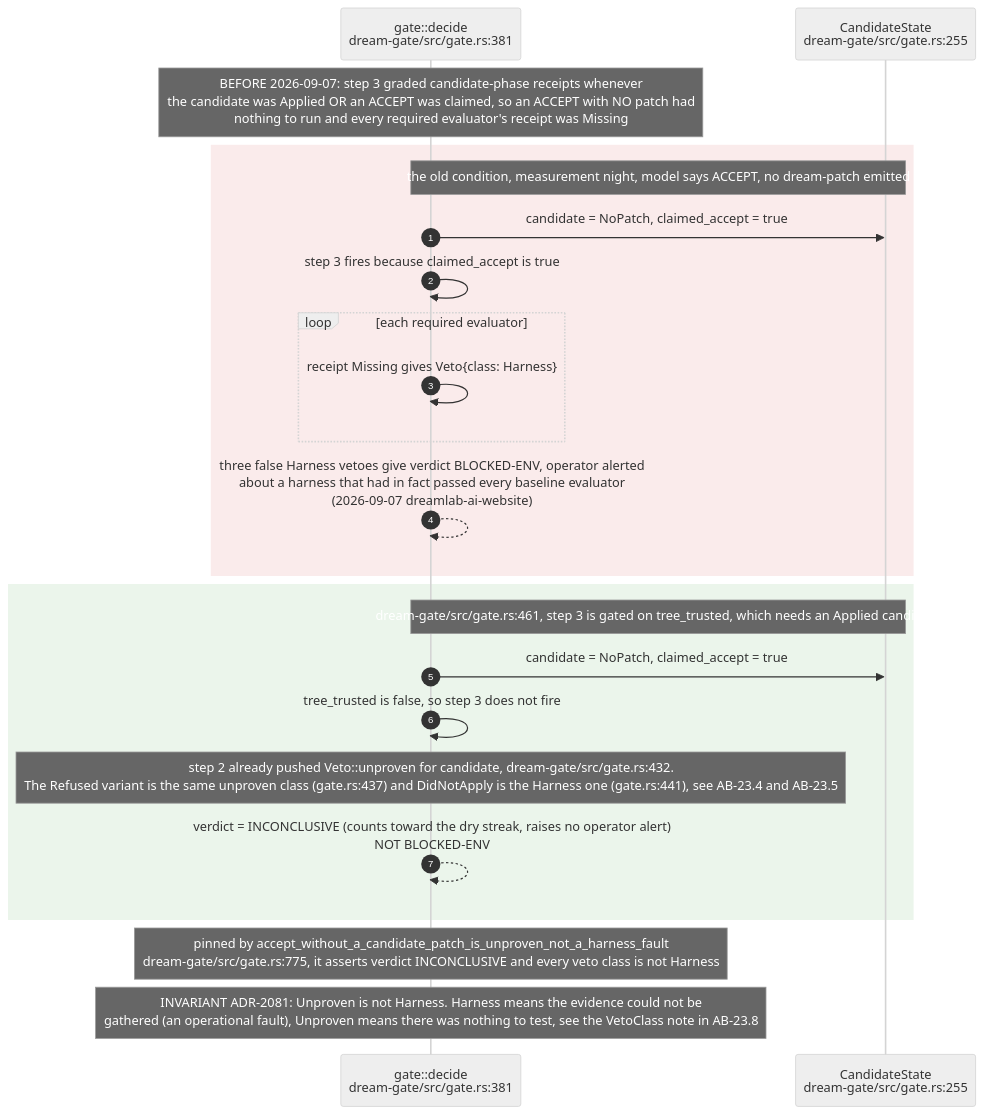
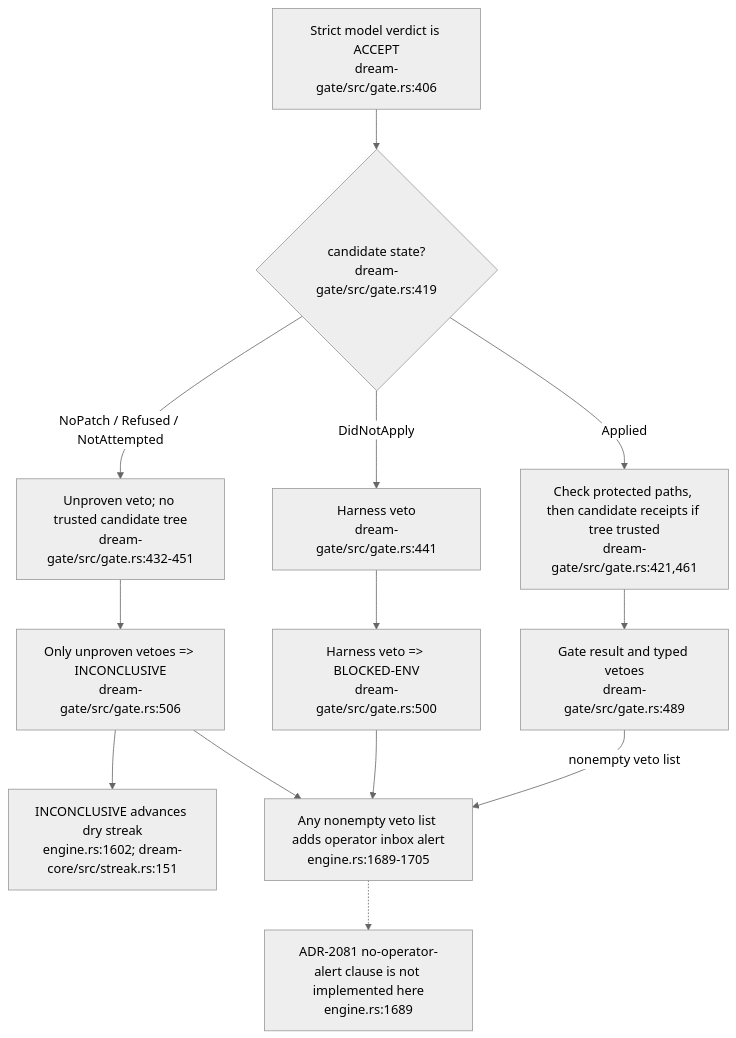
Before and after one commit to DreamLab-AI/VisionFlow: diagram 13 of 22 in docs/diagrams/agentbox/23-dream-engine.md, drawn with Mermaid (neutral theme). The commit also changed other lines of this file and 17 other files, not shown here.

Commit message:
docs: audit dream annexe identity and evaluator receipts

````diff
--- a/docs/diagrams/agentbox/23-dream-engine.md
+++ b/docs/diagrams/agentbox/23-dream-engine.md
@@ -578,26 +548,16 @@
 ```mermaid
-sequenceDiagram
-    autonumber
-    participant G as gate::decide<br/>dream-gate/src/gate.rs:381
-    participant C as CandidateState<br/>dream-gate/src/gate.rs:255
-
-    Note over G: BEFORE 2026-09-07: step 3 graded candidate-phase receipts whenever<br/>the candidate was Applied OR an ACCEPT was claimed, so an ACCEPT with NO patch had<br/>nothing to run and every required evaluator's receipt was Missing
-    rect rgb(250,235,235)
-        Note over G,C: the old condition, measurement night, model says ACCEPT, no dream-patch emitted
-        G->>C: candidate = NoPatch, claimed_accept = true
-        G->>G: step 3 fires because claimed_accept is true
-        loop each required evaluator
-            G->>G: receipt Missing gives Veto{class: Harness}
-        end
-        G-->>G: three false Harness vetoes give verdict BLOCKED-ENV, operator alerted<br/>about a harness that had in fact passed every baseline evaluator<br/>(2026-09-07 dreamlab-ai-website)
-    end
-    rect rgb(235,245,235)
-        Note over G,C: dream-gate/src/gate.rs:461, step 3 is gated on tree_trusted, which needs an Applied candidate
-        G->>C: candidate = NoPatch, claimed_accept = true
-        G->>G: tree_trusted is false, so step 3 does not fire
-        Note over G: step 2 already pushed Veto::unproven for candidate, dream-gate/src/gate.rs:432.<br/>The Refused variant is the same unproven class (gate.rs:437) and DidNotApply is the Harness one (gate.rs:441), see AB-23.4 and AB-23.5
-        G-->>G: verdict = INCONCLUSIVE (counts toward the dry streak, raises no operator alert)<br/>NOT BLOCKED-ENV
-    end
-    Note over G: pinned by accept_without_a_candidate_patch_is_unproven_not_a_harness_fault<br/>dream-gate/src/gate.rs:775, it asserts verdict INCONCLUSIVE and every veto class is not Harness
-    Note over G: INVARIANT ADR-2081: Unproven is not Harness. Harness means the evidence could not be<br/>gathered (an operational fault), Unproven means there was nothing to test, see the VetoClass note in AB-23.8
+flowchart TB
+    ACCEPT["Strict model verdict is ACCEPT<br/>dream-gate/src/gate.rs:406"]
+    ACCEPT --> STATE{"candidate state?<br/>dream-gate/src/gate.rs:419"}
+    STATE -->|NoPatch / Refused / NotAttempted| UNPROVEN["Unproven veto; no trusted candidate tree<br/>dream-gate/src/gate.rs:432-451"]
+    STATE -->|DidNotApply| HARNESS["Harness veto<br/>dream-gate/src/gate.rs:441"]
+    STATE -->|Applied| GUARD["Check protected paths, then candidate receipts if tree trusted<br/>dream-gate/src/gate.rs:421,461"]
+    UNPROVEN --> VERDICT["Only unproven vetoes => INCONCLUSIVE<br/>dream-gate/src/gate.rs:506"]
+    HARNESS --> BLOCK["Harness veto => BLOCKED-ENV<br/>dream-gate/src/gate.rs:500"]
+    VERDICT --> STREAK["INCONCLUSIVE advances dry streak<br/>engine.rs:1602; dream-core/src/streak.rs:151"]
+    VERDICT --> ALERT["Any nonempty veto list adds operator inbox alert<br/>engine.rs:1689-1705"]
+    BLOCK --> ALERT
+    GUARD --> RESULT["Gate result and typed vetoes<br/>dream-gate/src/gate.rs:489"]
+    RESULT -->|nonempty veto list| ALERT
+    ALERT -.-> GAP["ADR-2081 no-operator-alert clause is not implemented here<br/>engine.rs:1689"]
 ```
````
